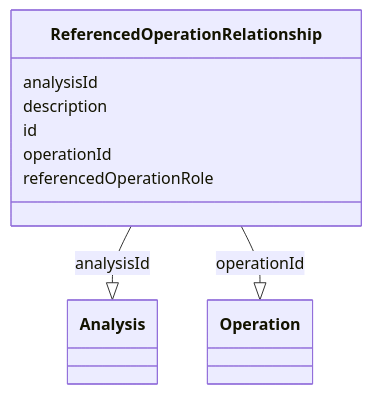
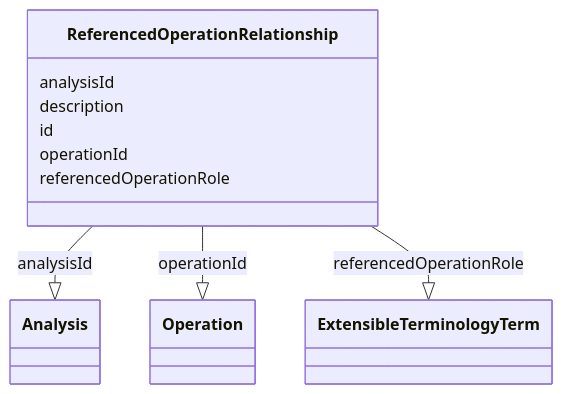
The diagram in project/docs/ReferencedOperationRelationship.md (cdisc-org/analysis-results-standard), drawn with Mermaid before and after one commit. The commit also changed other lines of this file and 281 other files, not shown here.

````diff
--- a/project/docs/ReferencedOperationRelationship.md
+++ b/project/docs/ReferencedOperationRelationship.md
@@ -14,19 +14,21 @@
 ```mermaid
  classDiagram
     class ReferencedOperationRelationship
       ReferencedOperationRelationship : analysisId
         
           ReferencedOperationRelationship --|> Analysis : analysisId
         
       ReferencedOperationRelationship : description
         
       ReferencedOperationRelationship : id
         
       ReferencedOperationRelationship : operationId
         
           ReferencedOperationRelationship --|> Operation : operationId
         
       ReferencedOperationRelationship : referencedOperationRole
         
+          ReferencedOperationRelationship --|> ExtensibleTerminologyTerm : referencedOperationRole
+        
       
 ```
````
